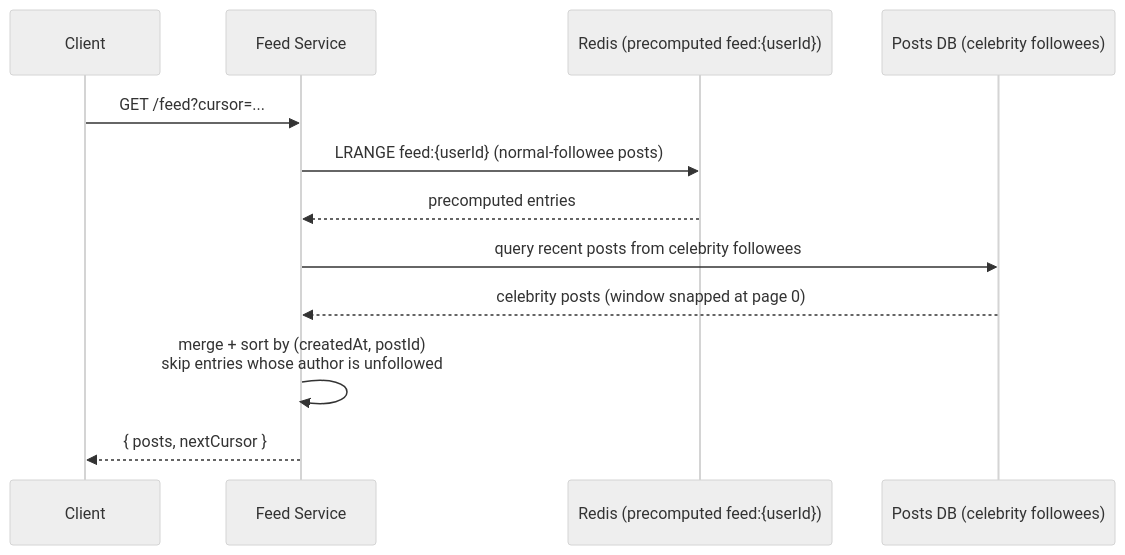
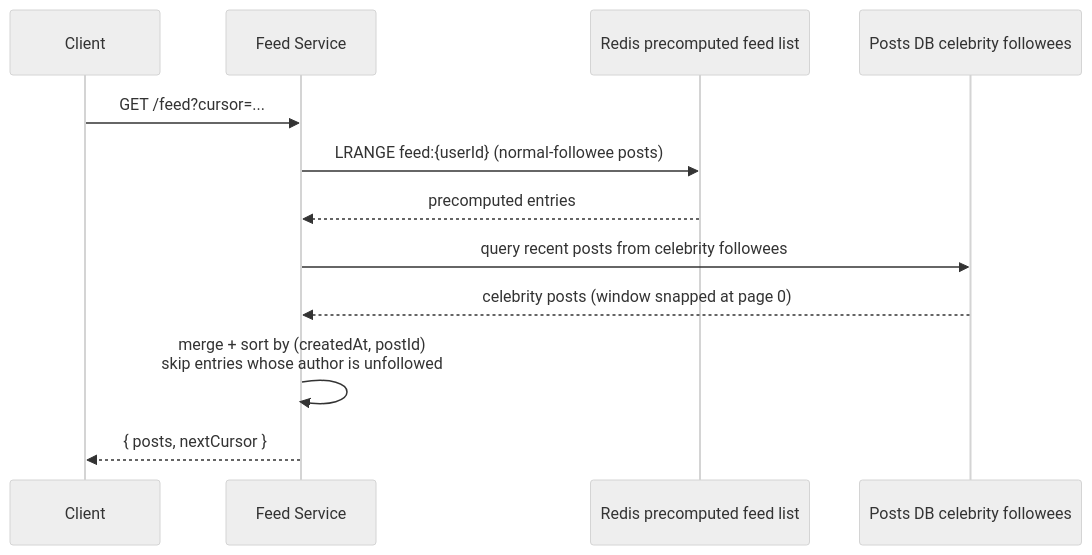
The fourth of 6 diagrams in LLD/questions/Design Instagram.md (cartmancodes/InterviewVault), drawn with Mermaid (neutral theme) before and after one commit. The commit also changed other lines of this file and 54 other files, not shown here.

````diff
--- a/LLD/questions/Design Instagram.md
+++ b/LLD/questions/Design Instagram.md
@@ -254,15 +254,15 @@
 ```mermaid
 sequenceDiagram
     participant C as Client
     participant F as Feed Service
-    participant R as Redis (precomputed feed:{userId})
-    participant P as Posts DB (celebrity followees)
+    participant R as Redis precomputed feed list
+    participant P as Posts DB celebrity followees
 
     C->>F: GET /feed?cursor=...
     F->>R: LRANGE feed:{userId} (normal-followee posts)
     R-->>F: precomputed entries
     F->>P: query recent posts from celebrity followees
     P-->>F: celebrity posts (window snapped at page 0)
     F->>F: merge + sort by (createdAt, postId)<br/>skip entries whose author is unfollowed
     F-->>C: { posts, nextCursor }
 ```
````
